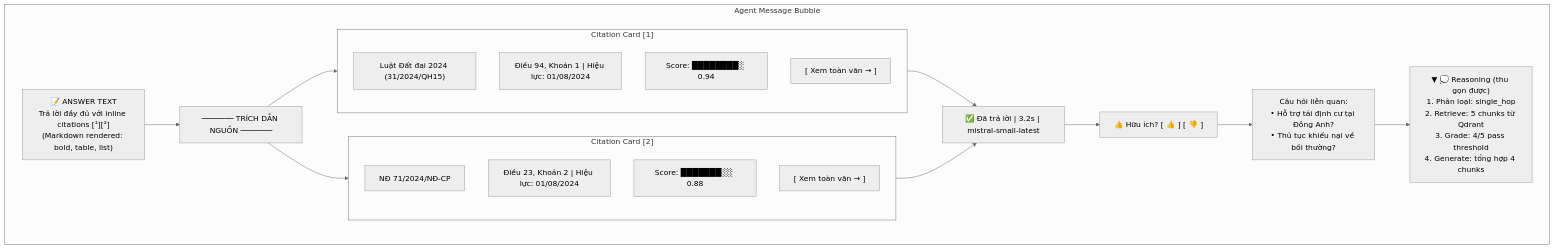
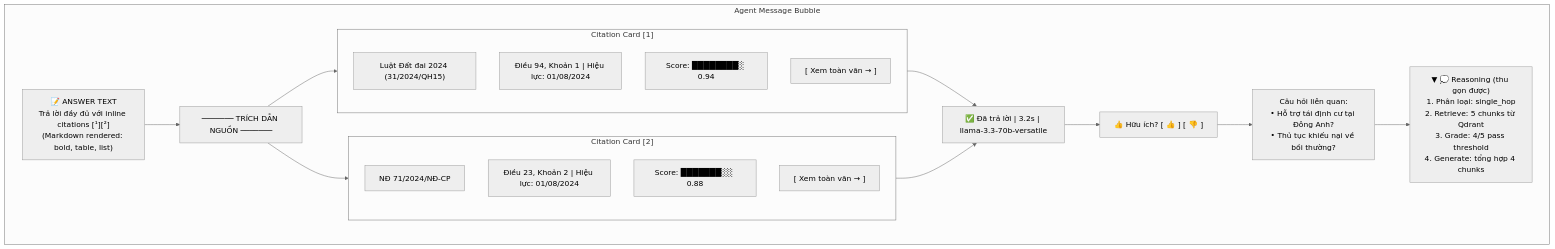
The tenth of 16 diagrams in docs/Wireframe_UI_Flow.md (dovh25/agentic-rag-legal-qa-hanoi), drawn with Mermaid (neutral theme) before and after one commit. The commit also changed 14 other files, not shown here.

````diff
--- a/docs/Wireframe_UI_Flow.md
+++ b/docs/Wireframe_UI_Flow.md
@@ -239,25 +239,25 @@
 ```mermaid
 graph TB
     subgraph AGENT_MSG["Agent Message Bubble"]
         ANSWER_TEXT["📝 ANSWER TEXT\nTrả lời đầy đủ với inline citations [¹][²]\n(Markdown rendered: bold, table, list)"]
         DIVIDER["─────── TRÍCH DẪN NGUỒN ───────"]
         subgraph CIT1["Citation Card [1]"]
             C1H["Luật Đất đai 2024 (31/2024/QH15)"]
             C1D["Điều 94, Khoản 1 | Hiệu lực: 01/08/2024"]
             C1S["Score: ████████░ 0.94"]
             C1L["[ Xem toàn văn → ]"]
         end
         subgraph CIT2["Citation Card [2]"]
             C2H["NĐ 71/2024/NĐ-CP"]
             C2D["Điều 23, Khoản 2 | Hiệu lực: 01/08/2024"]
             C2S["Score: ███████░░ 0.88"]
             C2L["[ Xem toàn văn → ]"]
         end
-        STATUS["✅ Đã trả lời | 3.2s | mistral-small-latest"]
+        STATUS["✅ Đã trả lời | 3.2s | llama-3.3-70b-versatile"]
         FEEDBACK["👍 Hữu ích? [ 👍 ] [ 👎 ]"]
         RELATED["Câu hỏi liên quan:\n• Hỗ trợ tái định cư tại Đông Anh?\n• Thủ tục khiếu nại về bồi thường?"]
         REASONING["▼ 💭 Reasoning (thu gọn được)\n1. Phân loại: single_hop\n2. Retrieve: 5 chunks từ Qdrant\n3. Grade: 4/5 pass threshold\n4. Generate: tổng hợp 4 chunks"]
     end
 
     ANSWER_TEXT --> DIVIDER --> CIT1 & CIT2 --> STATUS --> FEEDBACK --> RELATED --> REASONING
 ```
````
